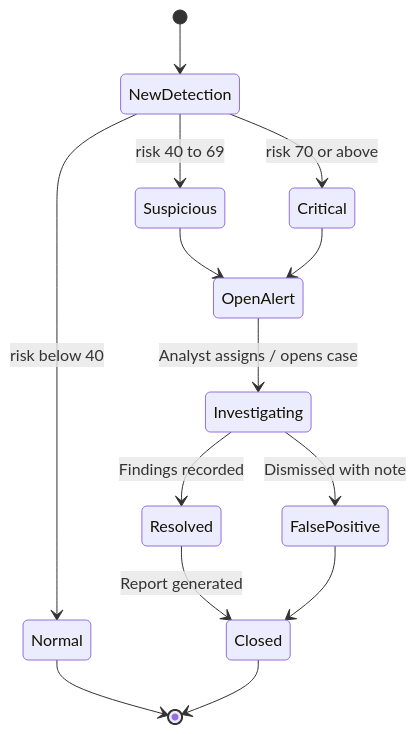
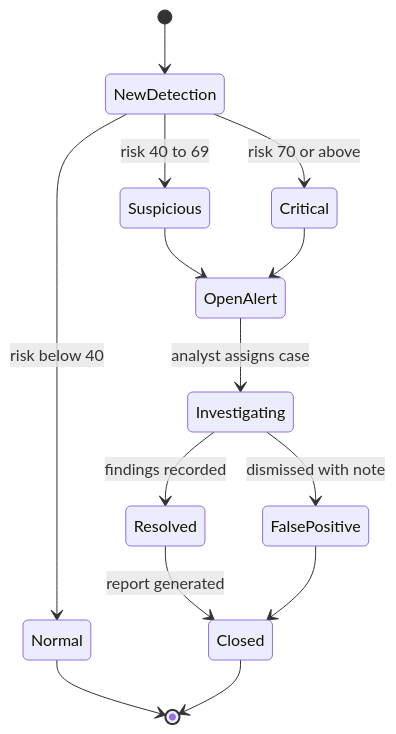
The fifth of 8 diagrams in SENTINELFLOW/README.md (Njbalamani/SENTINELFLOW), drawn with Mermaid before and after one commit. The commit also changed other lines of this file and 3 other files, not shown here.

````diff
--- a/SENTINELFLOW/README.md
+++ b/SENTINELFLOW/README.md
@@ -142,18 +205,16 @@
 ```mermaid
 stateDiagram-v2
     [*] --> NewDetection
     NewDetection --> Normal: risk below 40
     NewDetection --> Suspicious: risk 40 to 69
     NewDetection --> Critical: risk 70 or above
-
     Suspicious --> OpenAlert
     Critical --> OpenAlert
-
-    OpenAlert --> Investigating: Analyst assigns / opens case
-    Investigating --> Resolved: Findings recorded
-    Investigating --> FalsePositive: Dismissed with note
-    Resolved --> Closed: Report generated
+    OpenAlert --> Investigating: analyst assigns case
+    Investigating --> Resolved: findings recorded
+    Investigating --> FalsePositive: dismissed with note
+    Resolved --> Closed: report generated
     FalsePositive --> Closed
     Normal --> [*]
     Closed --> [*]
 ```
````
